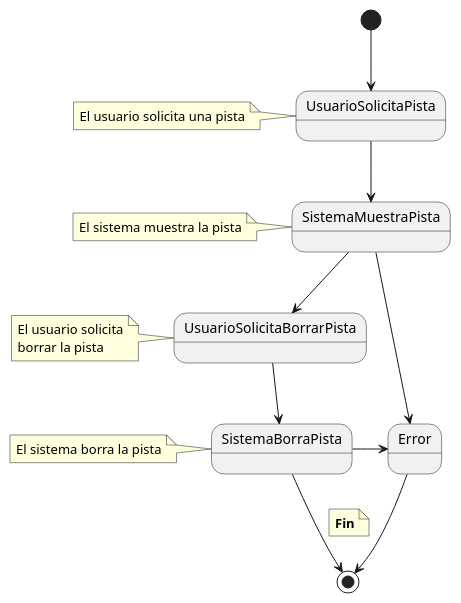
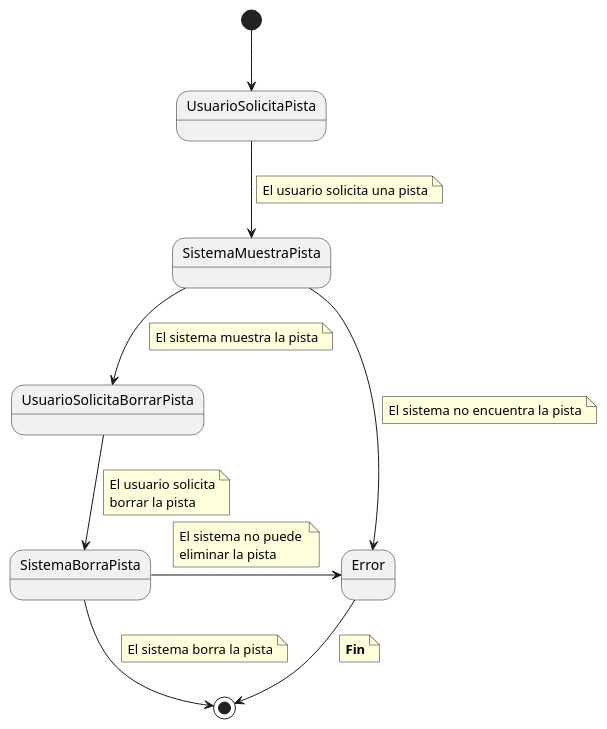
The diagram in CasosDeUso/CduDetallados/CduPistas/BorrarPista.puml (pablarce/23-24-IdSw1-SDR), drawn with PlantUML before and after one commit. The commit also changed 11 other files, not shown here.

Commit message:
chore: Update use case diagrams for Pistas module

```diff
--- a/CasosDeUso/CduDetallados/CduPistas/BorrarPista.puml
+++ b/CasosDeUso/CduDetallados/CduPistas/BorrarPista.puml
@@ -1,27 +1,35 @@
 @startuml 
 [*] --> UsuarioSolicitaPista
 UsuarioSolicitaPista -d-> SistemaMuestraPista
-note left of UsuarioSolicitaPista
+note on link
     El usuario solicita una pista
 end note
 SistemaMuestraPista -d-> UsuarioSolicitaBorrarPista
-note left of SistemaMuestraPista
+note on link
     El sistema muestra la pista
 end note
 SistemaMuestraPista -d-> Error
+note on link
+    El sistema no encuentra la pista
+end note
 UsuarioSolicitaBorrarPista -d-> SistemaBorraPista
-note left of UsuarioSolicitaBorrarPista
+note on link
     El usuario solicita
     borrar la pista
 end note
 SistemaBorraPista -r-> Error
-note left of SistemaBorraPista
-    El sistema borra la pista
+note on link
+    El sistema no puede 
+    eliminar la pista
 end note
+
 Error -d-> [*]
-SistemaBorraPista -d-> [*]
 note on link
     **Fin**
 end note
+SistemaBorraPista -d-> [*]
+note on link
+    El sistema borra la pista
+end note
 
 @enduml
```
